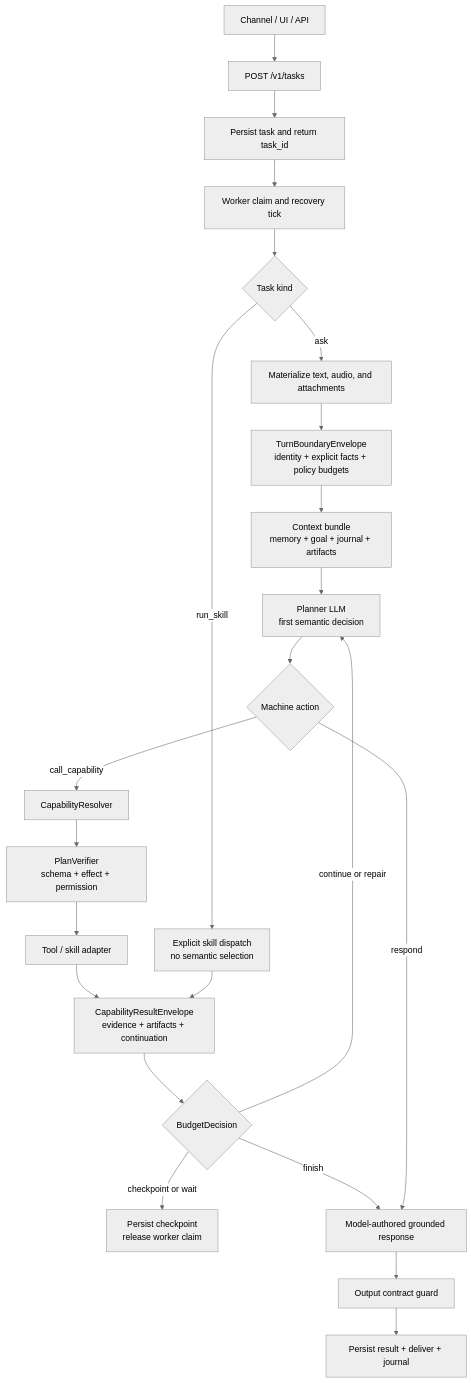
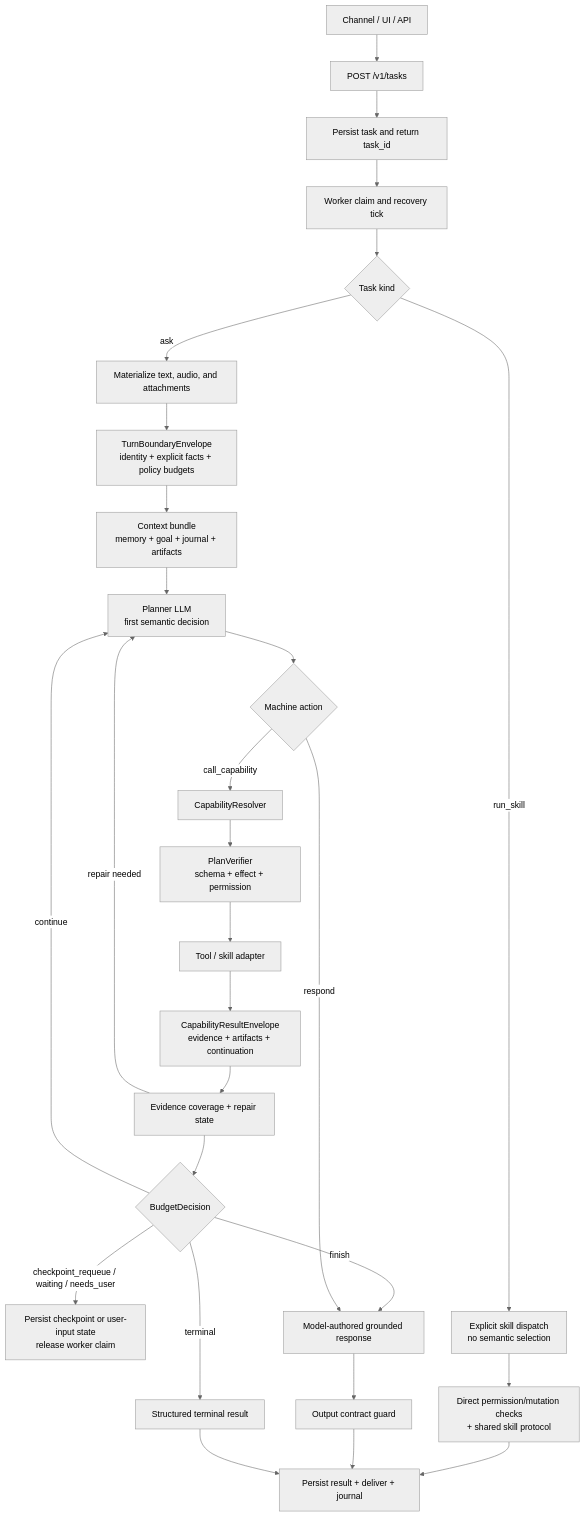
One commit to MatrixCoreX/RustClaw changed the diagram in docs/architecture/01-agent-loop.md. Above: the diagram before and after it, drawn with Mermaid (neutral theme). The commit also changed other lines of this file and 17 other files, not shown here.

Commit message:
docs: synchronize architecture learning guide

````diff
--- a/docs/architecture/01-agent-loop.md
+++ b/docs/architecture/01-agent-loop.md
@@ -9,25 +13,30 @@
 ```mermaid
 flowchart TD
     A[Channel / UI / API] --> B[POST /v1/tasks]
     B --> C[Persist task and return task_id]
     C --> D[Worker claim and recovery tick]
     D --> E{Task kind}
     E -->|ask| F[Materialize text, audio, and attachments]
     F --> G[TurnBoundaryEnvelope<br/>identity + explicit facts + policy budgets]
     G --> H[Context bundle<br/>memory + goal + journal + artifacts]
     H --> I[Planner LLM<br/>first semantic decision]
     I --> J{Machine action}
     J -->|call_capability| K[CapabilityResolver]
     K --> L[PlanVerifier<br/>schema + effect + permission]
     L --> M[Tool / skill adapter]
     M --> N[CapabilityResultEnvelope<br/>evidence + artifacts + continuation]
-    N --> O{BudgetDecision}
-    O -->|continue or repair| I
-    O -->|checkpoint or wait| P[Persist checkpoint<br/>release worker claim]
-    O -->|finish| Q[Model-authored grounded response]
+    N --> O[Evidence coverage + repair state]
+    O -->|repair needed| I
+    O --> P{BudgetDecision}
+    P -->|continue| I
+    P -->|checkpoint_requeue / waiting / needs_user| U[Persist checkpoint or user-input state<br/>release worker claim]
+    P -->|finish| Q[Model-authored grounded response]
+    P -->|terminal| V[Structured terminal result]
     J -->|respond| Q
     E -->|run_skill| R[Explicit skill dispatch<br/>no semantic selection]
-    R --> N
+    R --> W[Direct permission/mutation checks<br/>+ shared skill protocol]
+    W --> T
     Q --> S[Output contract guard]
     S --> T[Persist result + deliver + journal]
+    V --> T
 ```
````
